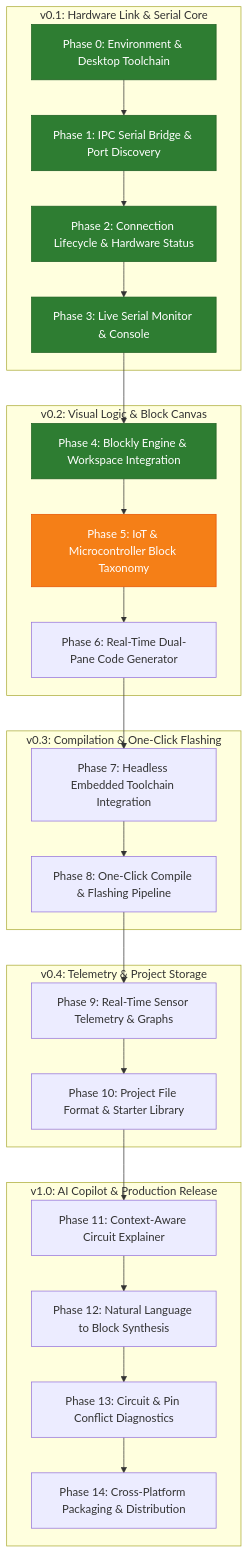
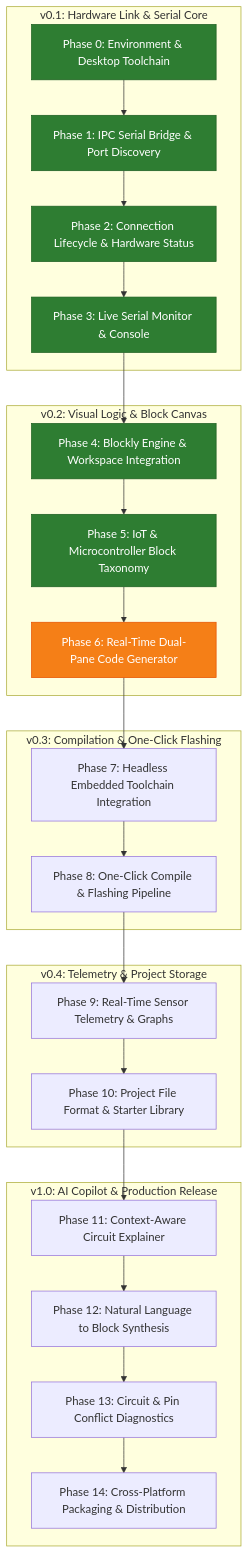
One commit to dharshbdp/CircuitForge changed the diagram in ROADMAP.md. Above: the diagram before and after it, drawn with Mermaid. The commit also changed other lines of this file and 35 other files, not shown here.

Commit message:
feat(arch): expand IoT block taxonomy and restructure into modular domain architecture

````diff
--- a/ROADMAP.md
+++ b/ROADMAP.md
@@ -38,38 +38,39 @@
 ```mermaid
 graph TD
     subgraph Milestone_0_1 [v0.1: Hardware Link & Serial Core]
         P0[Phase 0: Environment & Desktop Toolchain] --> P1[Phase 1: IPC Serial Bridge & Port Discovery]
         P1 --> P2[Phase 2: Connection Lifecycle & Hardware Status]
         P2 --> P3[Phase 3: Live Serial Monitor & Console]
     end
 
     subgraph Milestone_0_2 [v0.2: Visual Logic & Block Canvas]
         P3 --> P4[Phase 4: Blockly Engine & Workspace Integration]
         P4 --> P5[Phase 5: IoT & Microcontroller Block Taxonomy]
         P5 --> P6[Phase 6: Real-Time Dual-Pane Code Generator]
     end
 
     subgraph Milestone_0_3 [v0.3: Compilation & One-Click Flashing]
         P6 --> P7[Phase 7: Headless Embedded Toolchain Integration]
         P7 --> P8[Phase 8: One-Click Compile & Flashing Pipeline]
     end
 
     subgraph Milestone_0_4 [v0.4: Telemetry & Project Storage]
         P8 --> P9[Phase 9: Real-Time Sensor Telemetry & Graphs]
         P9 --> P10[Phase 10: Project File Format & Starter Library]
     end
 
     subgraph Milestone_1_0 [v1.0: AI Copilot & Production Release]
         P10 --> P11[Phase 11: Context-Aware Circuit Explainer]
         P11 --> P12[Phase 12: Natural Language to Block Synthesis]
         P12 --> P13[Phase 13: Circuit & Pin Conflict Diagnostics]
         P13 --> P14[Phase 14: Cross-Platform Packaging & Distribution]
     end
 
     style P0 fill:#2e7d32,stroke:#1b5e20,color:#fff
     style P1 fill:#2e7d32,stroke:#1b5e20,color:#fff
     style P2 fill:#2e7d32,stroke:#1b5e20,color:#fff
     style P3 fill:#2e7d32,stroke:#1b5e20,color:#fff
     style P4 fill:#2e7d32,stroke:#1b5e20,color:#fff
-    style P5 fill:#f57f17,stroke:#e65100,color:#fff
+    style P5 fill:#2e7d32,stroke:#1b5e20,color:#fff
+    style P6 fill:#f57f17,stroke:#e65100,color:#fff
 ```
````
